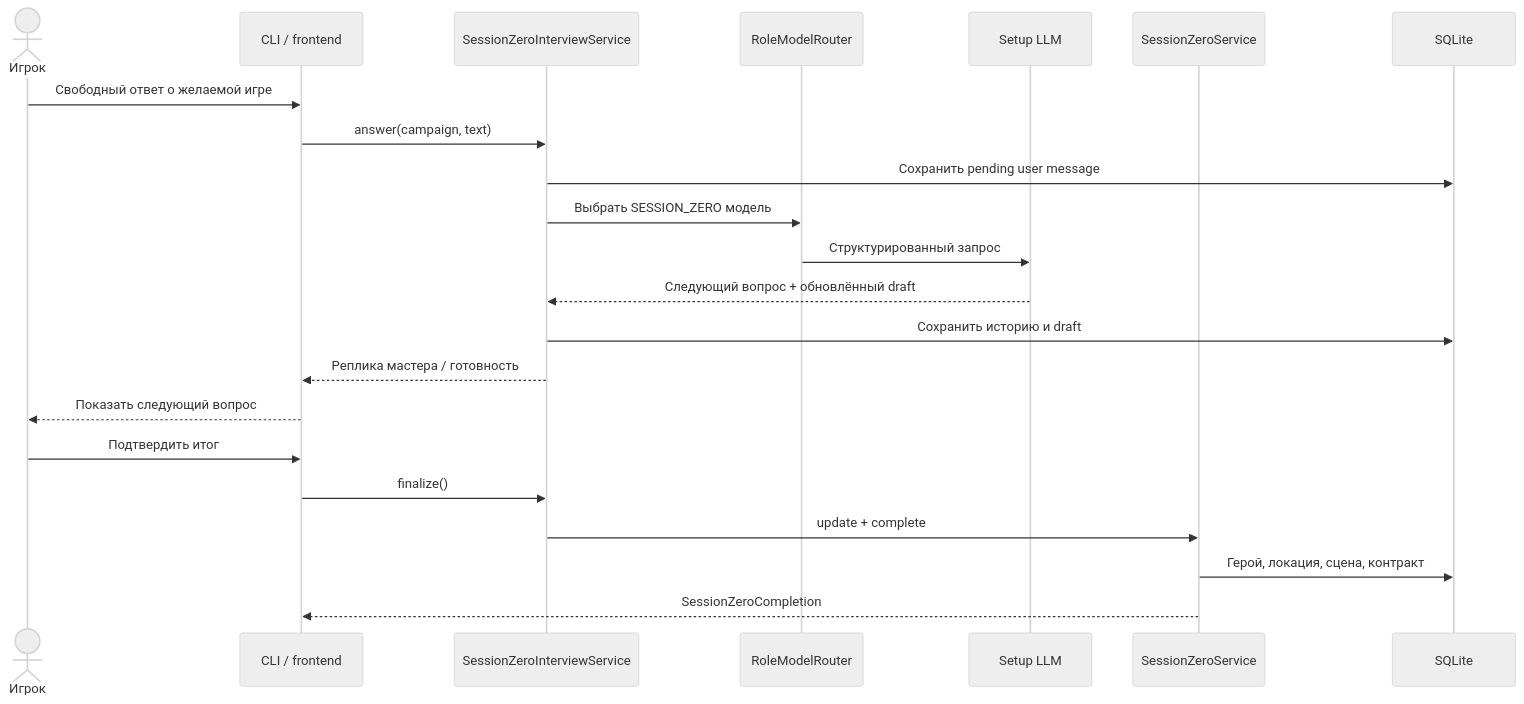
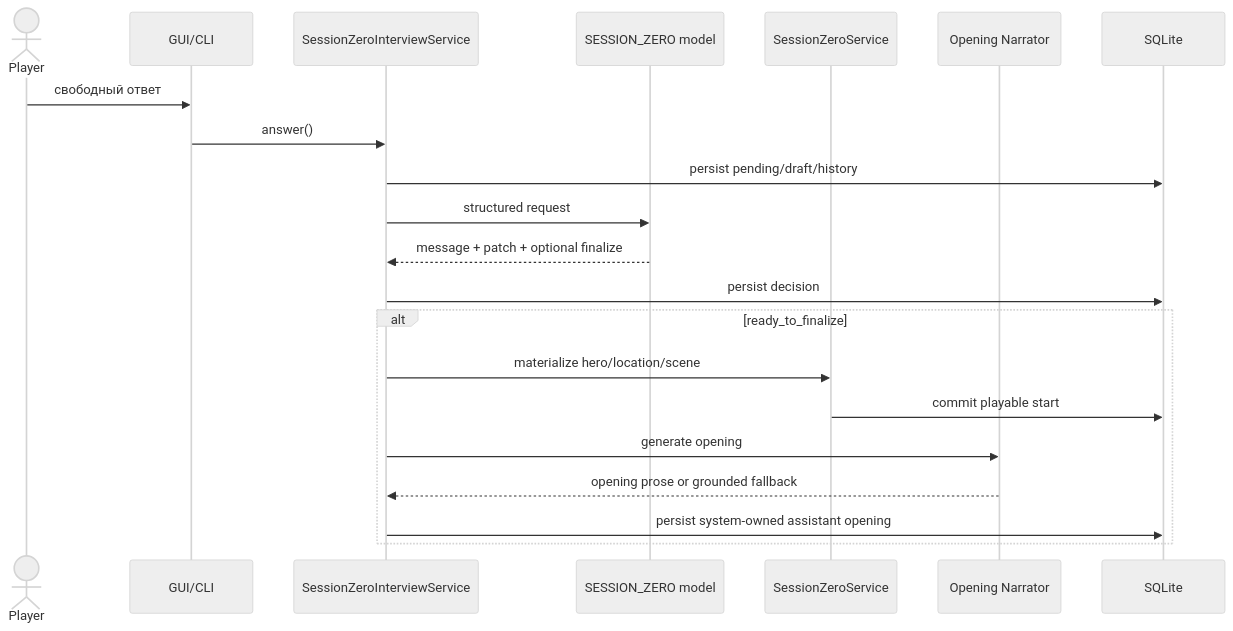
One commit to WizWiz2/personalDM changed the second of 3 diagrams in docs/architecture/personal-dm-runtime.md. Above: the diagram before and after it, drawn with Mermaid (neutral theme). The commit also changed other lines of this file, not shown here.

````diff
--- a/docs/architecture/personal-dm-runtime.md
+++ b/docs/architecture/personal-dm-runtime.md
@@ -115,26 +56,24 @@
 ```mermaid
 sequenceDiagram
-    actor P as Игрок
-    participant C as CLI / frontend
-    participant I as SessionZeroInterviewService
-    participant R as RoleModelRouter
-    participant L as Setup LLM
+    actor P as Player
+    participant UI as GUI/CLI
+    participant SZ as SessionZeroInterviewService
+    participant L as SESSION_ZERO model
     participant S as SessionZeroService
-    participant D as SQLite
+    participant O as Opening Narrator
+    participant DB as SQLite
 
-    P->>C: Свободный ответ о желаемой игре
-    C->>I: answer(campaign, text)
-    I->>D: Сохранить pending user message
-    I->>R: Выбрать SESSION_ZERO модель
-    R->>L: Структурированный запрос
-    L-->>I: Следующий вопрос + обновлённый draft
-    I->>D: Сохранить историю и draft
-    I-->>C: Реплика мастера / готовность
-    C-->>P: Показать следующий вопрос
-
-    P->>C: Подтвердить итог
-    C->>I: finalize()
-    I->>S: update + complete
-    S->>D: Герой, локация, сцена, контракт
-    S-->>C: SessionZeroCompletion
+    P->>UI: свободный ответ
+    UI->>SZ: answer()
+    SZ->>DB: persist pending/draft/history
+    SZ->>L: structured request
+    L-->>SZ: message + patch + optional finalize
+    SZ->>DB: persist decision
+    alt ready_to_finalize
+      SZ->>S: materialize hero/location/scene
+      S->>DB: commit playable start
+      SZ->>O: generate opening
+      O-->>SZ: opening prose or grounded fallback
+      SZ->>DB: persist system-owned assistant opening
+    end
 ```
````
